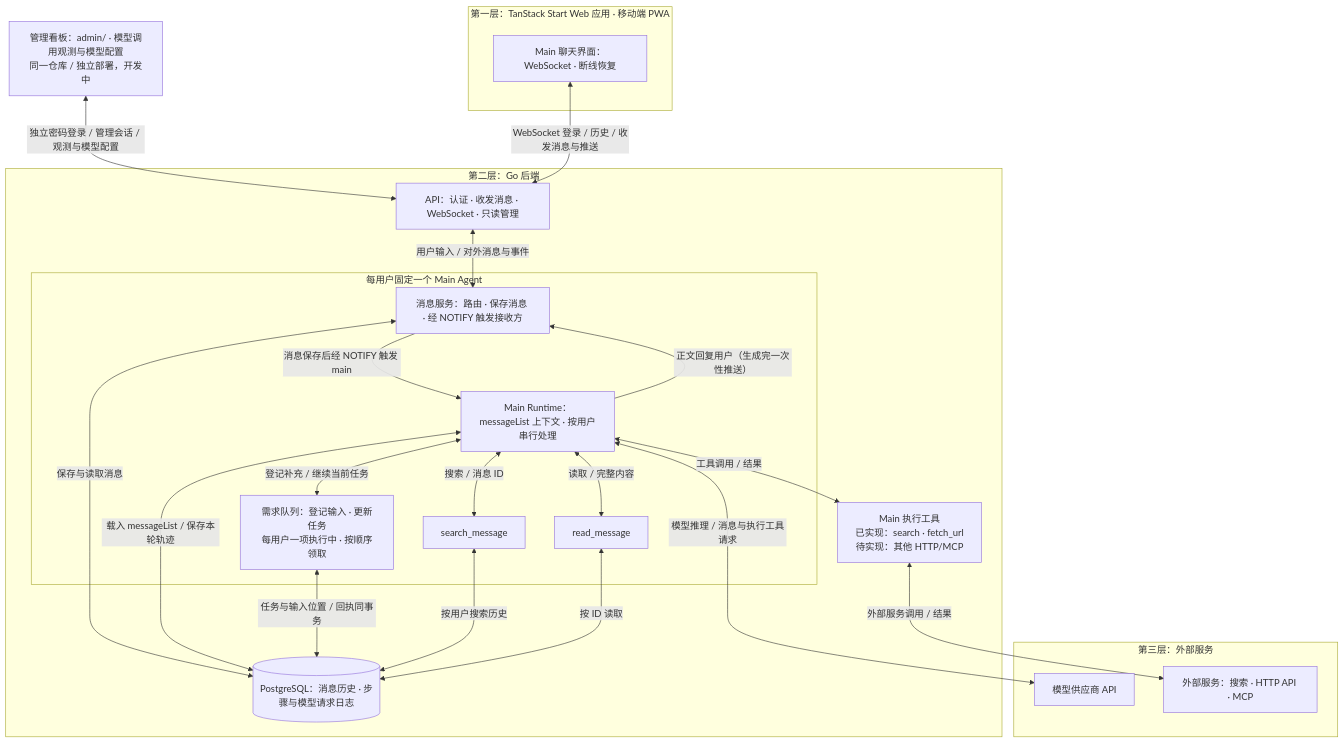
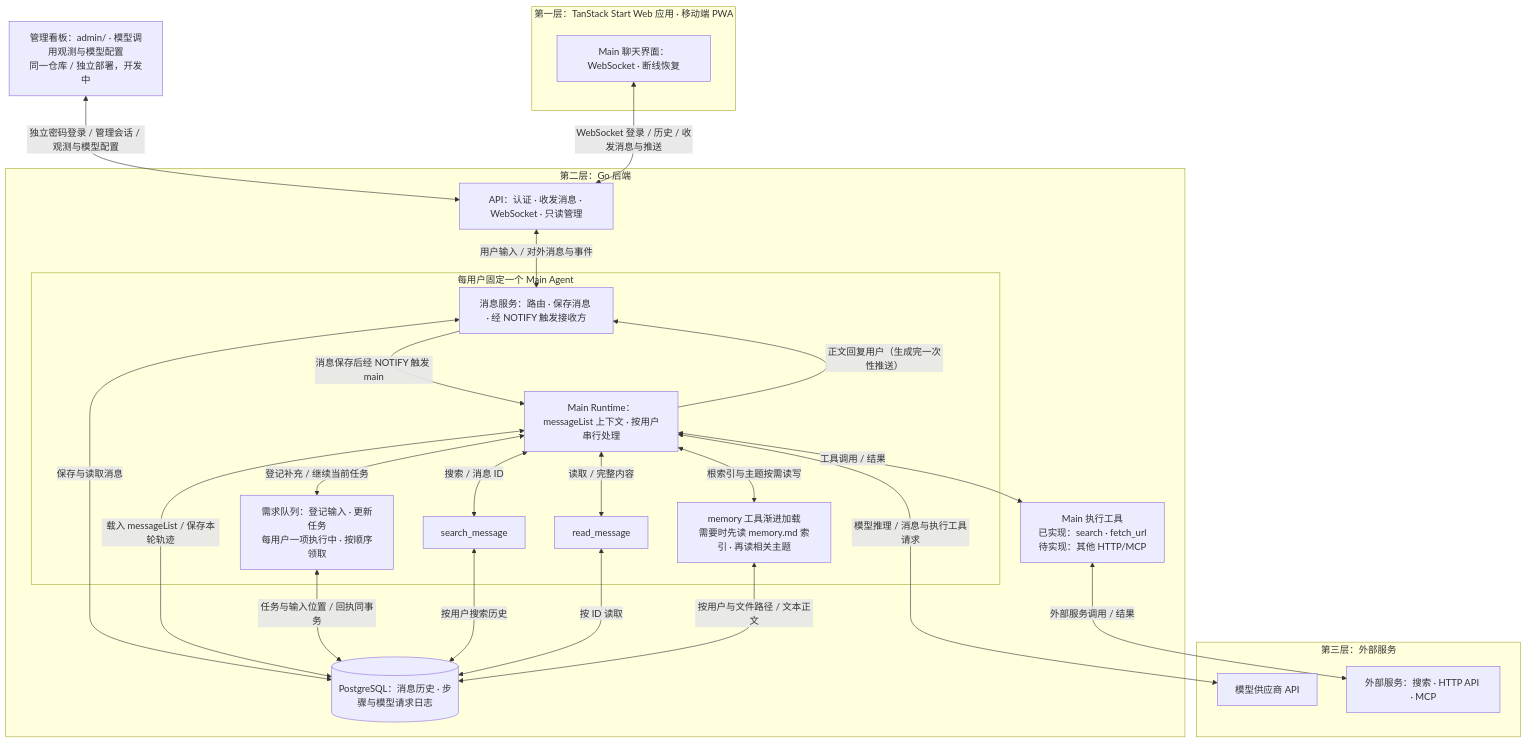
One commit to OmniNetOpensource/aether-personal changed the diagram in docs/architecture.mmd. Above: the diagram before and after it, drawn with Mermaid. The commit also changed 15 other files, not shown here.

```diff
--- a/docs/architecture.mmd
+++ b/docs/architecture.mmd
@@ -1,45 +1,48 @@
 flowchart TD
     subgraph L1["第一层：TanStack Start Web 应用 · 移动端 PWA"]
         CLIENT["Main 聊天界面：WebSocket · 断线恢复"]
     end
 
     subgraph L2["第二层：Go 后端"]
         API["API：认证 · 收发消息 · WebSocket · 只读管理"]
         MESSAGES["消息服务：路由 · 保存消息 · 经 NOTIFY 触发接收方"]
         DB[("PostgreSQL：消息历史 · 步骤与模型请求日志")]
 
         subgraph MAINBOX["每用户固定一个 Main Agent"]
             MAIN["Main Runtime：messageList 上下文 · 按用户串行处理"]
             TASKS["需求队列：登记输入 · 更新任务<br/>每用户一项执行中 · 按顺序领取"]
             SEARCH["search_message"]
             READ["read_message"]
+            MEMORY["memory 工具渐进加载<br/>需要时先读 memory.md 索引 · 再读相关主题"]
 
             MAIN <-->|"登记补充 / 继续当前任务"| TASKS
             MAIN <-->|"搜索 / 消息 ID"| SEARCH
             MAIN <-->|"读取 / 完整内容"| READ
+            MAIN <-->|"根索引与主题按需读写"| MEMORY
             MAIN -->|"正文回复用户（生成完一次性推送）"| MESSAGES
         end
 
         TOOLS["Main 执行工具<br/>已实现：search · fetch_url<br/>待实现：其他 HTTP/MCP"]
         MAIN <-->|"工具调用 / 结果"| TOOLS
         API <-->|"用户输入 / 对外消息与事件"| MESSAGES
         MESSAGES <-->|"保存与读取消息"| DB
         MESSAGES -->|"消息保存后经 NOTIFY 触发 main"| MAIN
         MAIN <-->|"载入 messageList / 保存本轮轨迹"| DB
 
         TASKS <-->|"任务与输入位置 / 回执同事务"| DB
         SEARCH <-->|"按用户搜索历史"| DB
         READ <-->|"按 ID 读取"| DB
+        MEMORY <-->|"按用户与文件路径 / 文本正文"| DB
 
     end
 
     subgraph L3["第三层：外部服务"]
         MODEL["模型供应商 API"]
         EXTERNAL["外部服务：搜索 · HTTP API · MCP"]
     end
 
     ADMIN["管理看板：admin/ · 模型调用观测与模型配置<br/>同一仓库 / 独立部署，开发中"]
     ADMIN <-->|"独立密码登录 / 管理会话 / 观测与模型配置"| API
     CLIENT <-->|"WebSocket 登录 / 历史 / 收发消息与推送"| API
     MAIN <-->|"模型推理 / 消息与执行工具请求"| MODEL
     TOOLS <-->|"外部服务调用 / 结果"| EXTERNAL
```
